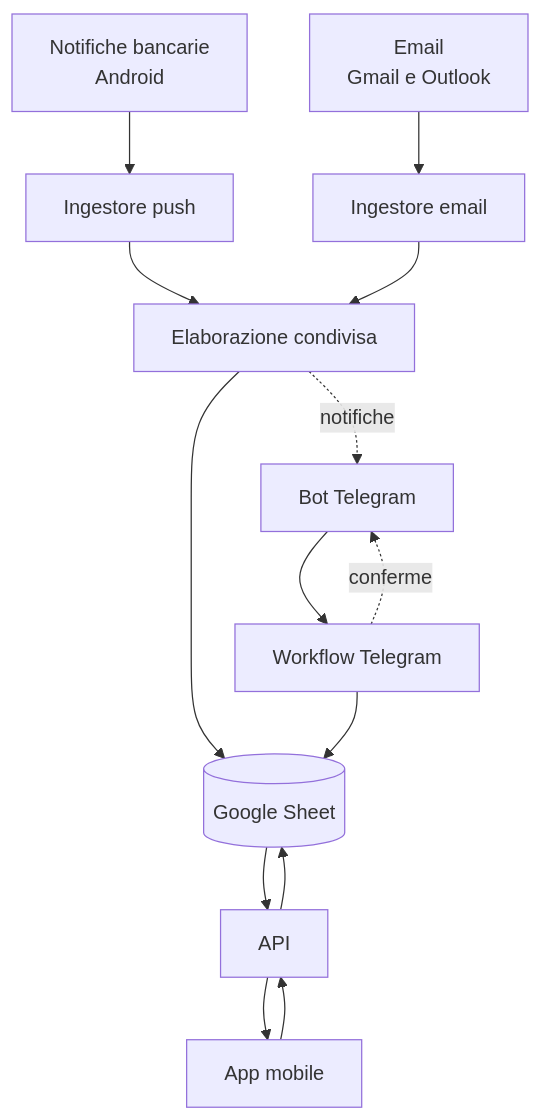
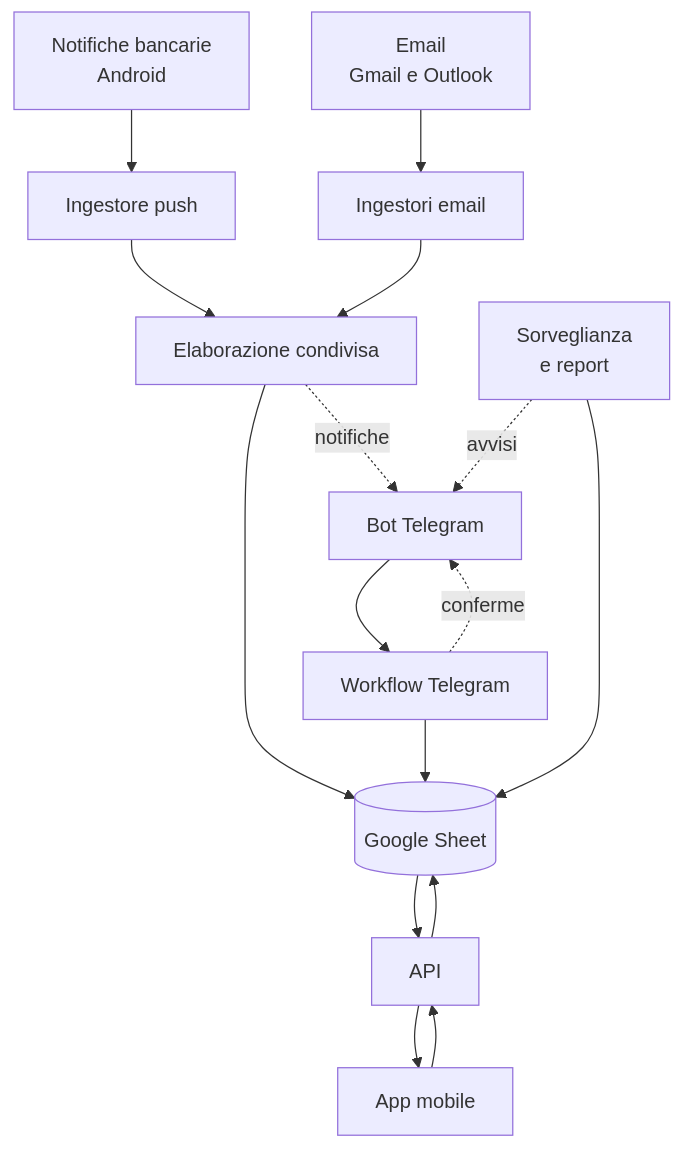
Before and after one commit to Prosdino95/leroy: the diagram in README.md, drawn with Mermaid. The commit also changed other lines of this file and 9 other files, not shown here.

````diff
--- a/README.md
+++ b/README.md
@@ -39,19 +44,21 @@
 ```mermaid
 flowchart TD
     A[Notifiche bancarie<br/>Android] --> I1[Ingestore push]
-    B[Email<br/>Gmail e Outlook] --> I2[Ingestore email]
+    B[Email<br/>Gmail e Outlook] --> I2[Ingestori email]
     C[Bot Telegram] --> W1[Workflow Telegram]
     D[App mobile] --> API[API]
 
     I1 --> P[Elaborazione condivisa]
     I2 --> P
 
     P --> S[(Google Sheet)]
     W1 --> S
     API --> S
 
     S --> API
     API --> D
     P -.notifiche.-> C
     W1 -.conferme.-> C
+    G[Sorveglianza<br/>e report] --> S
+    G -.avvisi.-> C
 ```
````
